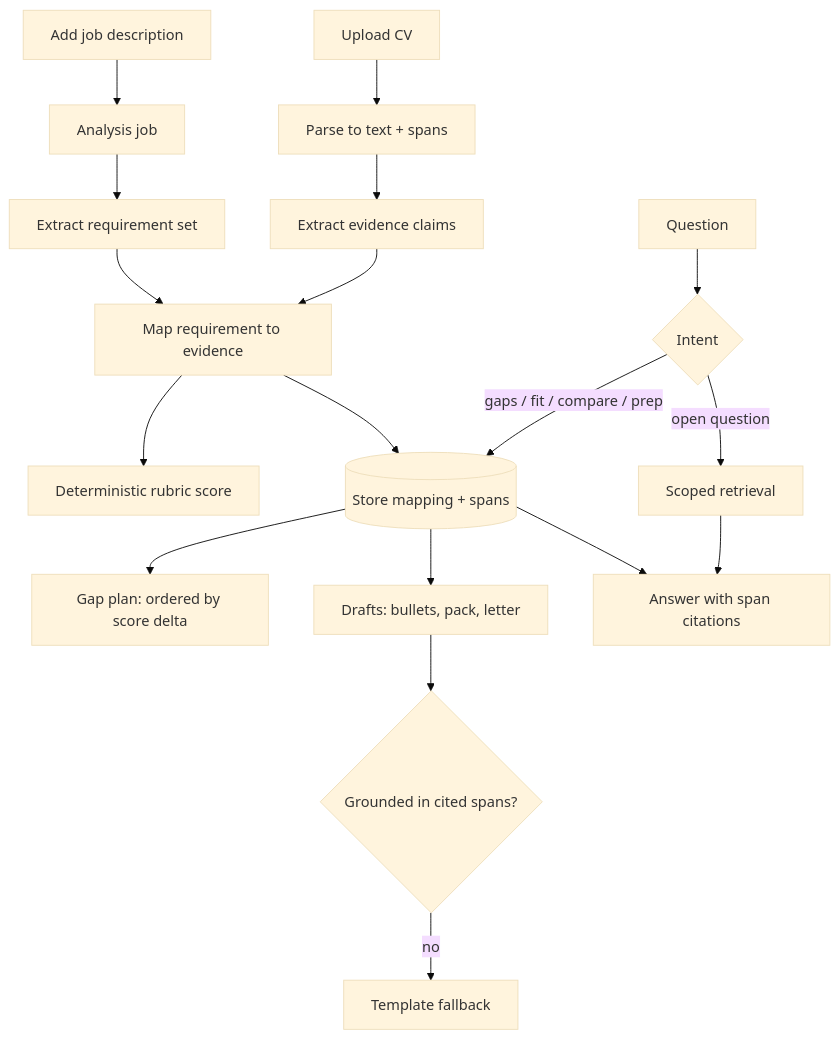
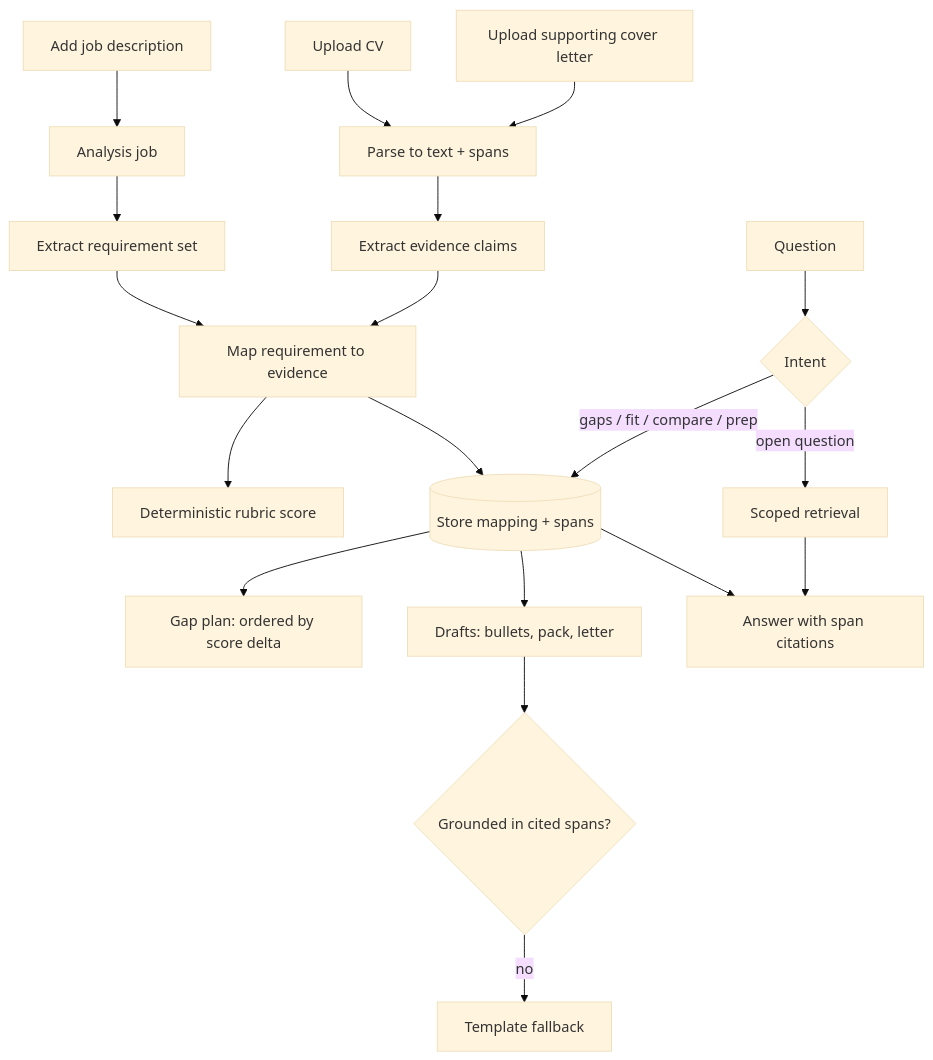
Before and after one commit to ArifMehmood16/career-intelligence-assistant: the second of 2 diagrams in README.md, drawn with Mermaid (base theme). The commit also changed other lines of this file and 9 other files, not shown here.

````diff
--- a/README.md
+++ b/README.md
@@ -104,20 +104,21 @@
 ```mermaid
 flowchart TD
   CV[Upload CV] --> PARSE[Parse to text + spans]
+  CL[Upload supporting cover letter] --> PARSE
   JD[Add job description] --> JOB[Analysis job]
   PARSE --> EV[Extract evidence claims]
   JOB --> REQ[Extract requirement set]
   REQ --> MAP[Map requirement to evidence]
   EV --> MAP
   MAP --> SCORE[Deterministic rubric score]
   MAP --> STORE[(Store mapping + spans)]
   STORE --> GAP[Gap plan: ordered by score delta]
   STORE --> GEN[Drafts: bullets, pack, letter]
   GEN --> VAL{Grounded in cited spans?}
   VAL -->|no| TPL[Template fallback]
   Q[Question] --> ROUTE{Intent}
   ROUTE -->|gaps / fit / compare / prep| STORE
   ROUTE -->|open question| RET[Scoped retrieval]
   STORE --> ANS[Answer with span citations]
   RET --> ANS
 ```
````
